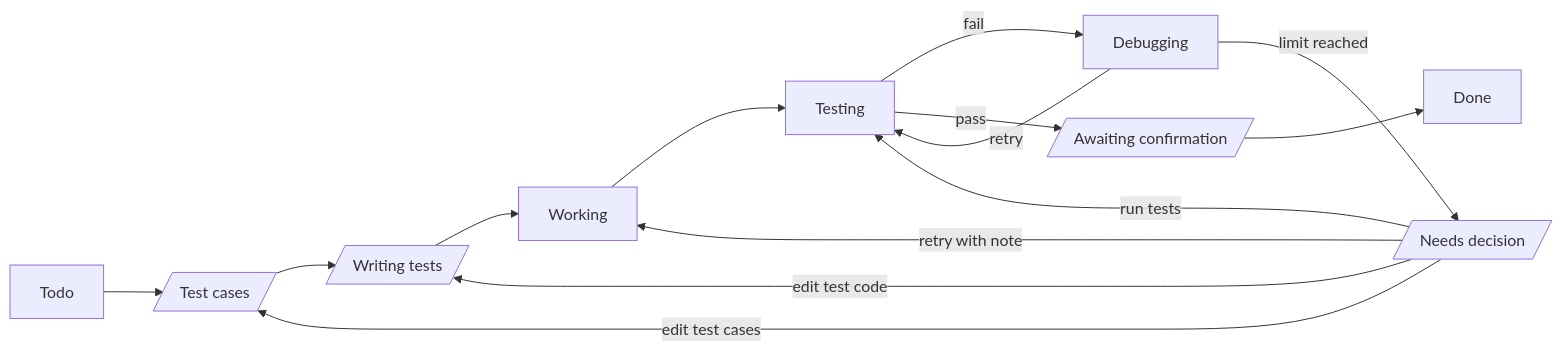
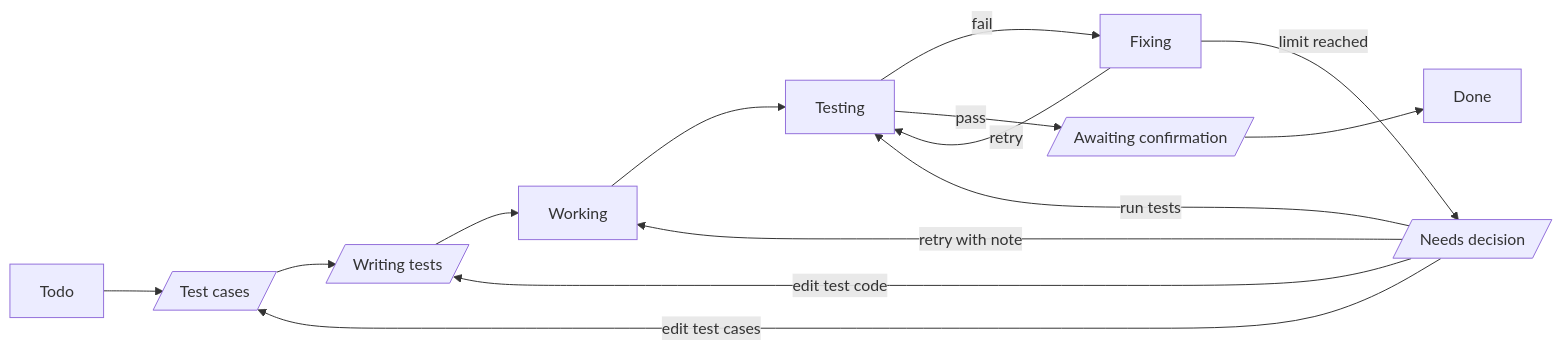
Before and after one commit to josh79622/tickie: the first of 3 diagrams in docs/brief.md, drawn with Mermaid. The commit also changed other lines of this file and 1 other file, not shown here.

Commit message:
Rename cards to tasks, Debugging to Fixing; set failure limit to 3

````diff
--- a/docs/brief.md
+++ b/docs/brief.md
@@ -64,12 +64,12 @@
 ```mermaid
 flowchart LR
     todo[Todo] --> tc[/Test cases/] --> wt[/Writing tests/] --> working[Working] --> testing[Testing]
-    testing -- fail --> debugging[Debugging]
-    debugging -- retry --> testing
-    debugging -- limit reached --> decision[/Needs decision/]
+    testing -- fail --> fixing[Fixing]
+    fixing -- retry --> testing
+    fixing -- limit reached --> decision[/Needs decision/]
     decision -- edit test cases --> tc
     decision -- edit test code --> wt
     decision -- retry with note --> working
     decision -- run tests --> testing
     testing -- pass --> confirm[/Awaiting confirmation/] --> done[Done]
 ```
````
